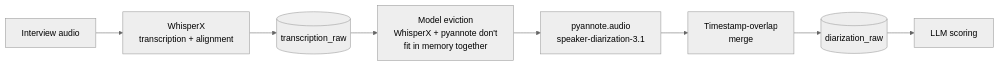
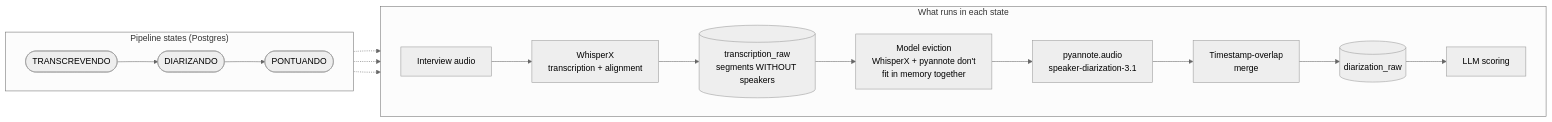
The second of 2 diagrams in README.en.md (luccapinto/scorecard-pipeline), drawn with Mermaid (neutral theme) before and after one commit. The commit also changed other lines of this file and 2 other files, not shown here.

First line of the commit message:
docs: separate pipeline states from work in the dual-architecture diagrams (#22)

````diff
--- a/README.en.md
+++ b/README.en.md
@@ -68,10 +91,22 @@
 ```mermaid
 flowchart LR
-    Audio[Interview audio] --> WX[WhisperX<br/>transcription + alignment]
-    WX --> TR[(transcription_raw)]
-    TR --> GC[Model eviction<br/>WhisperX + pyannote don't<br/>fit in memory together]
-    GC --> PY[pyannote.audio<br/>speaker-diarization-3.1]
-    PY --> MG[Timestamp-overlap<br/>merge]
-    MG --> DR[(diarization_raw)]
-    DR --> Scoring[LLM scoring]
+    subgraph states ["Pipeline states (Postgres)"]
+        direction LR
+        S1([TRANSCREVENDO]) --> S2([DIARIZANDO]) --> S3([PONTUANDO])
+    end
+
+    subgraph work ["What runs in each state"]
+        direction LR
+        Audio[Interview audio] --> WX["WhisperX<br/>transcription + alignment"]
+        WX --> TR[("transcription_raw<br/>segments WITHOUT speakers")]
+        TR --> GC["Model eviction<br/>WhisperX + pyannote don't<br/>fit in memory together"]
+        GC --> PY["pyannote.audio<br/>speaker-diarization-3.1"]
+        PY --> MG["Timestamp-overlap<br/>merge"]
+        MG --> DR[("diarization_raw")]
+        DR --> Scoring["LLM scoring"]
+    end
+
+    S1 -.-> WX
+    S2 -.-> PY
+    S3 -.-> Scoring
 ```
````
